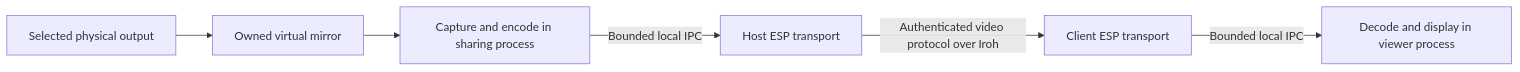
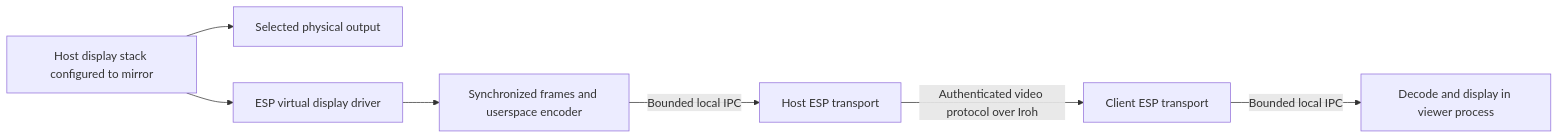
Before and after one commit to ericreg/esp: the diagram in VIDEO_SHARING_PLAN.md, drawn with Mermaid. The commit also changed other lines of this file and 29 other files, not shown here.

Commit message:
Implement experimental driver-backed video sharing

````diff
--- a/VIDEO_SHARING_PLAN.md
+++ b/VIDEO_SHARING_PLAN.md
@@ -141,8 +181,9 @@
 ```mermaid
 flowchart LR
-    SOURCE["Selected physical output"] --> MIRROR["Owned virtual mirror"]
-    MIRROR --> CAPTURE["Capture and encode in sharing process"]
+    DESKTOP["Host display stack configured to mirror"] --> SOURCE["Selected physical output"]
+    DESKTOP --> MIRROR["ESP virtual display driver"]
+    MIRROR --> CAPTURE["Synchronized frames and userspace encoder"]
     CAPTURE -->|"Bounded local IPC"| HOST["Host ESP transport"]
     HOST -->|"Authenticated video protocol over Iroh"| CLIENT["Client ESP transport"]
     CLIENT -->|"Bounded local IPC"| VIEWER["Decode and display in viewer process"]
 ```
````
